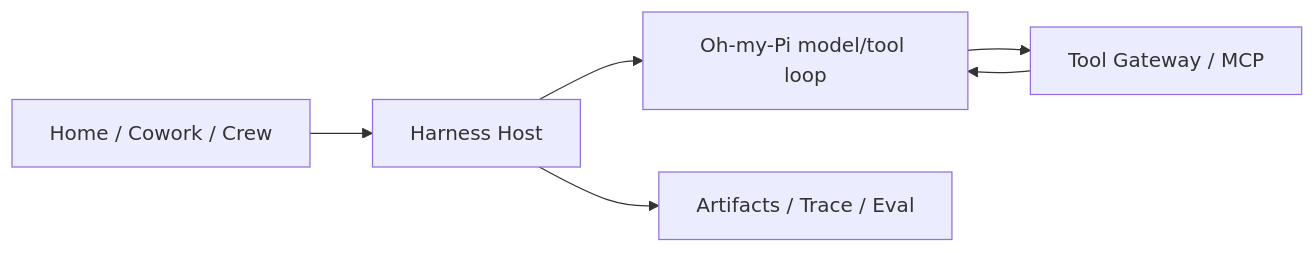
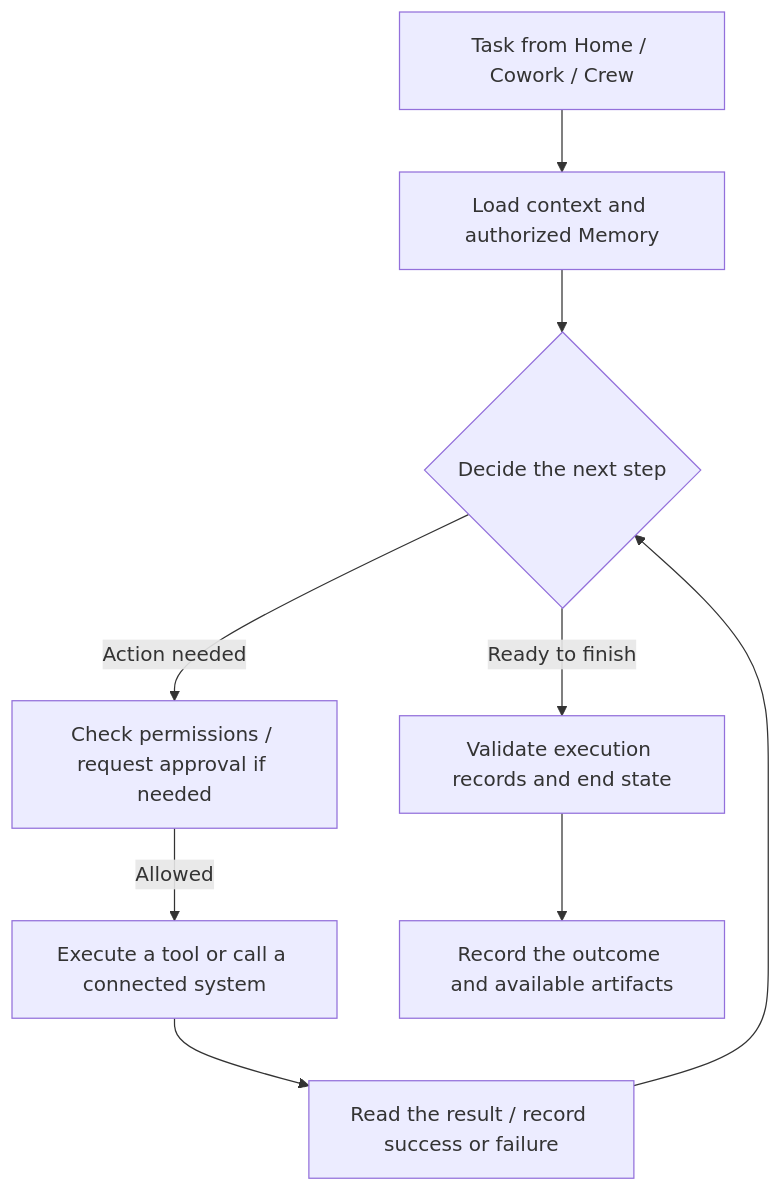
Before and after one commit to Foxtailsss-Andy/Anna-Agent: the diagram in README.md, drawn with Mermaid. The commit also changed other lines of this file and 1 other file, not shown here.

Commit message:
docs: explain Anna task execution as a Harness loop

````diff
--- a/README.md
+++ b/README.md
@@ -94,8 +94,11 @@
 ```mermaid
-flowchart LR
-    UI[Home / Cowork / Crew] --> Host[Harness Host]
-    Host --> OMP[Oh-my-Pi model/tool loop]
-    OMP --> Gateway[Tool Gateway / MCP]
-    Gateway --> OMP
-    Host --> Result[Artifacts / Trace / Eval]
+flowchart TD
+    Task[Task from Home / Cowork / Crew] --> Context[Load context and authorized Memory]
+    Context --> Decide{Decide the next step}
+    Decide -->|Action needed| Gate[Check permissions / request approval if needed]
+    Gate -->|Allowed| Act[Execute a tool or call a connected system]
+    Act --> Observe[Read the result / record success or failure]
+    Observe --> Decide
+    Decide -->|Ready to finish| Check[Validate execution records and end state]
+    Check --> Outcome[Record the outcome and available artifacts]
 ```
````
